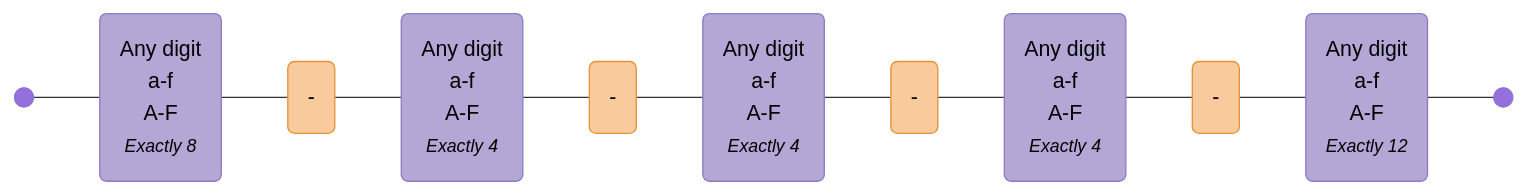
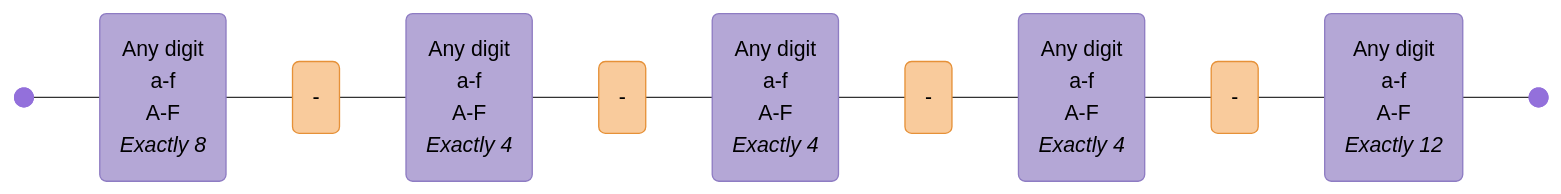
Diagram 16 of 16 in EXAMPLES.md (tayles/regex-to-mermaid), drawn with Mermaid before and after one commit. The commit also changed other lines of this file and 37 other files, not shown here.

````diff
--- a/EXAMPLES.md
+++ b/EXAMPLES.md
@@ -3429,35 +3429,35 @@
 ```mermaid
 graph LR
   accTitle: "Regex: [0-9a-fA-F]{8}-[0-9a-fA-F]{4}-[0-9a-fA-F]{4}-[0-9a-fA-F]{4}-[0-9a-fA-F]{12}"
   accDescr: "Generated with regex-to-mermaid@1.0.3"
 
   %% Nodes
   start@{ shape: f-circ };
   fin@{ shape: f-circ };
-  char_class_1("Any digit<br>a-f<br>A-F<br><i><small>Exactly 8</small></i>"):::char-class;
+  char_class_1("Any digit<br>a-f<br>A-F<br><i>Exactly 8</i>"):::char-class;
   literal_1("-"):::literal;
-  char_class_2("Any digit<br>a-f<br>A-F<br><i><small>Exactly 4</small></i>"):::char-class;
+  char_class_2("Any digit<br>a-f<br>A-F<br><i>Exactly 4</i>"):::char-class;
   literal_2("-"):::literal;
-  char_class_3("Any digit<br>a-f<br>A-F<br><i><small>Exactly 4</small></i>"):::char-class;
+  char_class_3("Any digit<br>a-f<br>A-F<br><i>Exactly 4</i>"):::char-class;
   literal_3("-"):::literal;
-  char_class_4("Any digit<br>a-f<br>A-F<br><i><small>Exactly 4</small></i>"):::char-class;
+  char_class_4("Any digit<br>a-f<br>A-F<br><i>Exactly 4</i>"):::char-class;
   literal_4("-"):::literal;
-  char_class_5("Any digit<br>a-f<br>A-F<br><i><small>Exactly 12</small></i>"):::char-class;
+  char_class_5("Any digit<br>a-f<br>A-F<br><i>Exactly 12</i>"):::char-class;
 
   %% Edges
   start --- char_class_1;
   char_class_1 --- literal_1;
   literal_1 --- char_class_2;
   char_class_2 --- literal_2;
   literal_2 --- char_class_3;
   char_class_3 --- literal_3;
   literal_3 --- char_class_4;
   char_class_4 --- literal_4;
   literal_4 --- char_class_5;
   char_class_5 --- fin;
 
   %% Styles
   %% Node Styling
   classDef char-class fill:#B4A7D6,stroke:#8E7CC3,color:#000000;
   classDef literal fill:#F9CB9C,stroke:#E69138,color:#000000;
 ```
````
